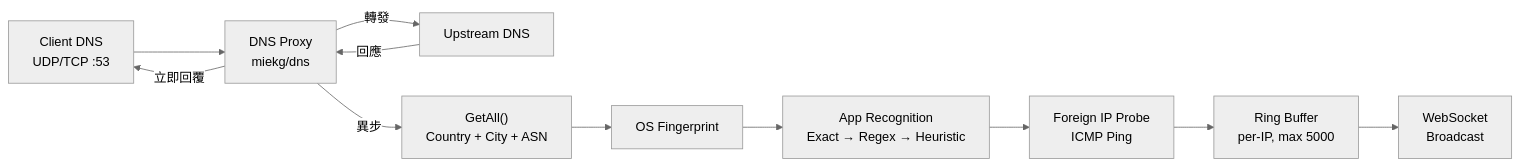
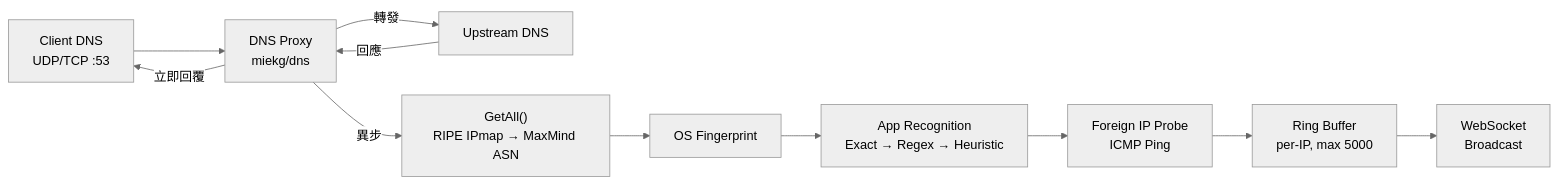
Before and after one commit to zeroflare/ocf-srrt: the second of 2 diagrams in doc/05_building_block_view.md, drawn with Mermaid (neutral theme). The commit also changed other lines of this file and 15 other files, not shown here.

````diff
--- a/doc/05_building_block_view.md
+++ b/doc/05_building_block_view.md
@@ -75,14 +73,14 @@
 ```mermaid
 graph LR
     Client["Client DNS<br/>UDP/TCP :53"]
     Client --> DNSProxy["DNS Proxy<br/>miekg/dns"]
     DNSProxy -->|"轉發"| Upstream["Upstream DNS"]
     Upstream -->|"回應"| DNSProxy
     DNSProxy -->|"立即回覆"| Client
-    DNSProxy -->|"異步"| GeoIP["GetAll()<br/>Country + City + ASN"]
+    DNSProxy -->|"異步"| GeoIP["GetAll()<br/>RIPE IPmap → MaxMind ASN"]
     GeoIP --> OS["OS Fingerprint"]
     OS --> Recog["App Recognition<br/>Exact → Regex → Heuristic"]
     Recog --> Probe["Foreign IP Probe<br/>ICMP Ping"]
     Probe --> Buffer["Ring Buffer<br/>per-IP, max 5000"]
     Buffer --> WS["WebSocket<br/>Broadcast"]
 ```
````
